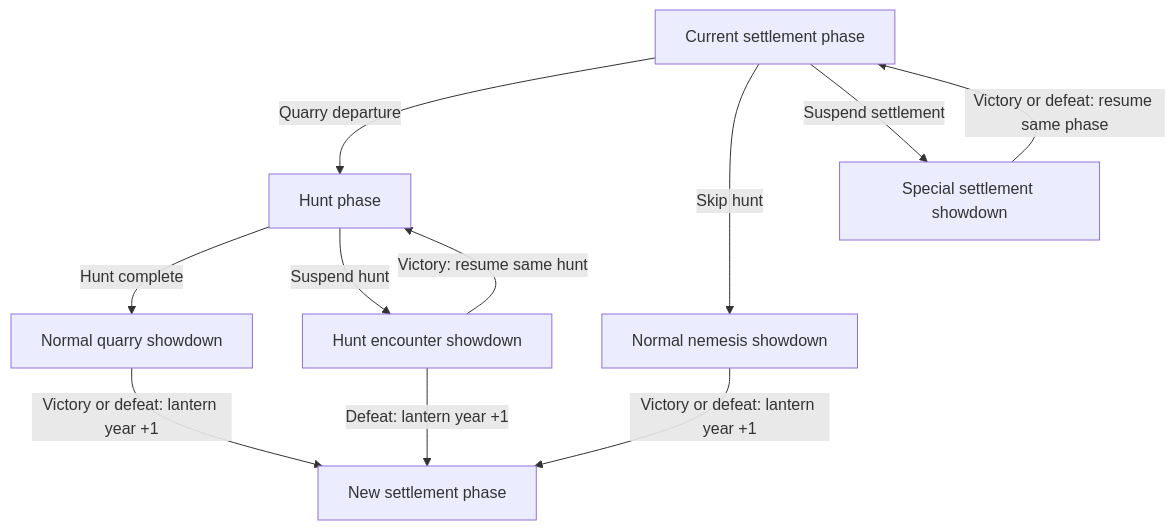
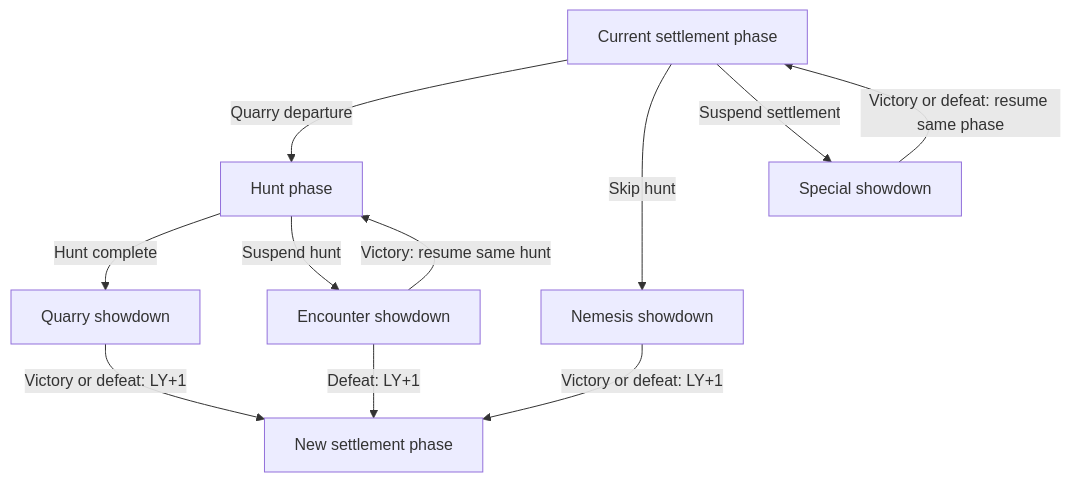
The third of 3 diagrams in docs/kdm-architecture.md (nick1n/guidepost), drawn with Mermaid before and after one commit. The commit also changed other lines of this file and 13 other files, not shown here.

````diff
--- a/docs/kdm-architecture.md
+++ b/docs/kdm-architecture.md
@@ -165,13 +171,13 @@
 ```mermaid
 flowchart TD
   Settlement[Current settlement phase] -->|Quarry departure| Hunt[Hunt phase]
-  Hunt -->|Hunt complete| Quarry[Normal quarry showdown]
-  Settlement -->|Skip hunt| Nemesis[Normal nemesis showdown]
-  Quarry -->|Victory or defeat: lantern year +1| NextSettlement[New settlement phase]
-  Nemesis -->|Victory or defeat: lantern year +1| NextSettlement
-  Hunt -->|Suspend hunt| Encounter[Hunt encounter showdown]
+  Hunt -->|Hunt complete| Quarry[Quarry showdown]
+  Settlement -->|Skip hunt| Nemesis[Nemesis showdown]
+  Quarry -->|Victory or defeat: LY+1| NextSettlement[New settlement phase]
+  Nemesis -->|Victory or defeat: LY+1| NextSettlement
+  Hunt -->|Suspend hunt| Encounter[Encounter showdown]
   Encounter -->|Victory: resume same hunt| Hunt
-  Encounter -->|Defeat: lantern year +1| NextSettlement
-  Settlement -->|Suspend settlement| Special[Special settlement showdown]
+  Encounter -->|Defeat: LY+1| NextSettlement
+  Settlement -->|Suspend settlement| Special[Special showdown]
   Special -->|Victory or defeat: resume same phase| Settlement
 ```
````
